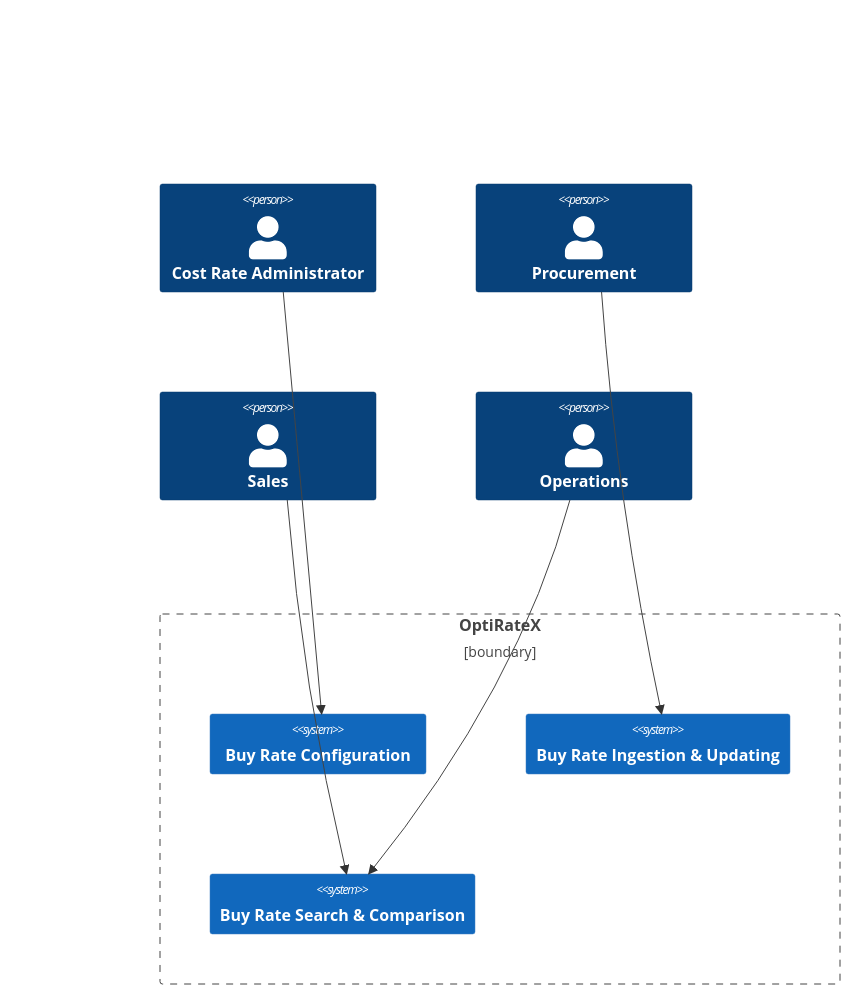
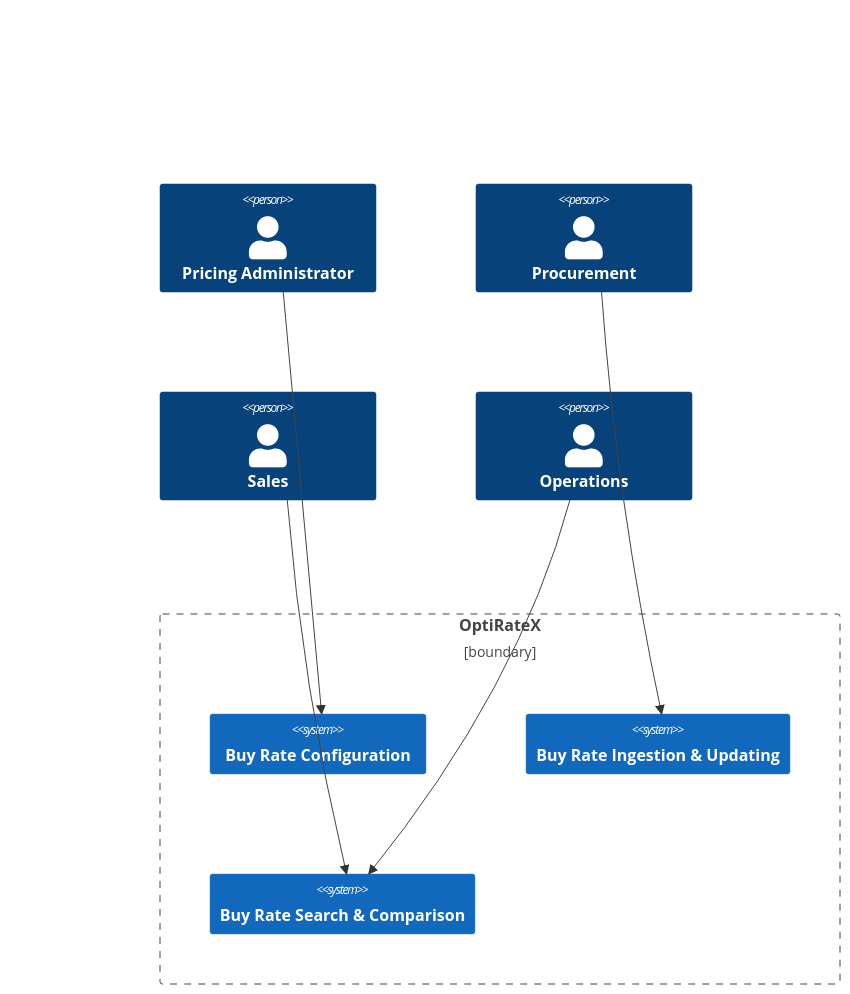
One commit to Cnext-eu/OptiRateX_Documentation changed the first of 6 diagrams in End_User_Training/OptiRateX_End_User_Training.md. Above: the diagram before and after it, drawn with Mermaid. The commit also changed other lines of this file and 2 other files, not shown here.

````diff
--- a/End_User_Training/OptiRateX_End_User_Training.md
+++ b/End_User_Training/OptiRateX_End_User_Training.md
@@ -40,23 +33,23 @@
 ```mermaid
 
 C4Context
 
-    Person(ADMIN, "Cost Rate Administrator")
+    Person(ADMIN, "Pricing Administrator")
     Person(PROC, "Procurement")
     Person(SALES, "Sales")
     Person(OPS, "Operations")
 
     Boundary(b1, "OptiRateX", "boundary") {
 
     System(OrxConfig, "Buy Rate Configuration")
     System(OrxIngest, "Buy Rate Ingestion & Updating")
     System(OrxSearch, "Buy Rate Search & Comparison")
 
     }
 
     Rel(ADMIN, OrxConfig, "")
     Rel(PROC, OrxIngest, "")
     Rel(SALES, OrxSearch, "")
     Rel(OPS, OrxSearch, "")
 
 ```
````
